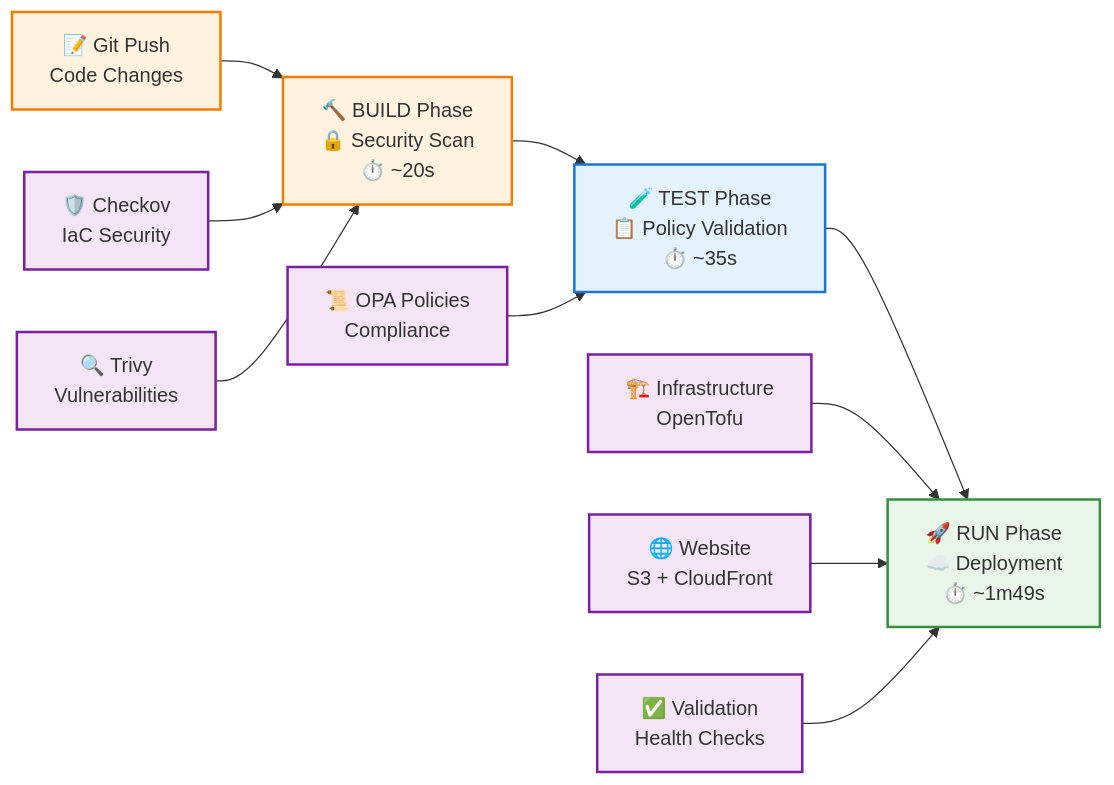
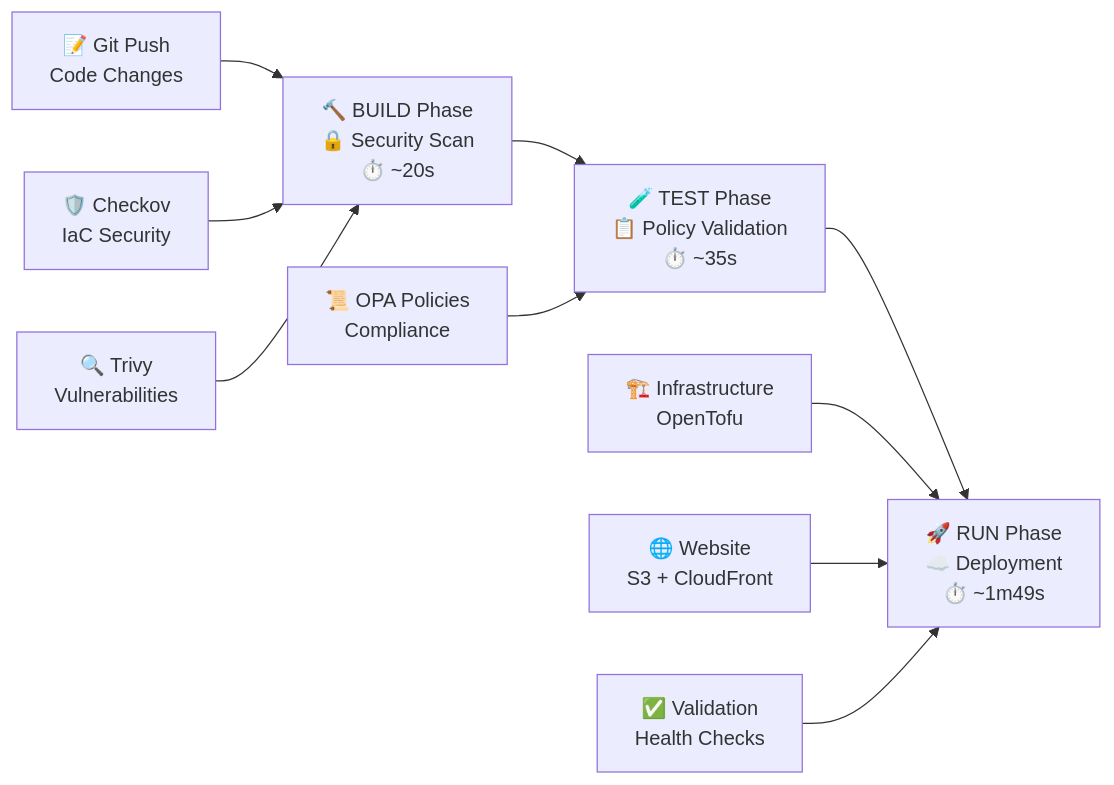
One commit to Celtikill/static-site changed the second of 3 diagrams in README.md. Above: the diagram before and after it, drawn with Mermaid. The commit also changed other lines of this file and 5 other files, not shown here.

````diff
--- a/README.md
+++ b/README.md
@@ -104,23 +94,13 @@
 ```mermaid
 graph LR
     A["📝 Git Push<br/>Code Changes"] --> B["🔨 BUILD Phase<br/>🔒 Security Scan<br/>⏱️ ~20s"]
     B --> C["🧪 TEST Phase<br/>📋 Policy Validation<br/>⏱️ ~35s"]
     C --> D["🚀 RUN Phase<br/>☁️ Deployment<br/>⏱️ ~1m49s"]
 
     B1["🛡️ Checkov<br/>IaC Security"] --> B
     B2["🔍 Trivy<br/>Vulnerabilities"] --> B
     C1["📜 OPA Policies<br/>Compliance"] --> C
     D1["🏗️ Infrastructure<br/>OpenTofu"] --> D
     D2["🌐 Website<br/>S3 + CloudFront"] --> D
     D3["✅ Validation<br/>Health Checks"] --> D
-
-    classDef buildStyle fill:#fff3e0,stroke:#f57c00,stroke-width:2px
-    classDef testStyle fill:#e3f2fd,stroke:#1976d2,stroke-width:2px
-    classDef runStyle fill:#e8f5e8,stroke:#388e3c,stroke-width:2px
-    classDef toolStyle fill:#f3e5f5,stroke:#7b1fa2,stroke-width:2px
-
-    class A,B buildStyle
-    class C testStyle
-    class D runStyle
-    class B1,B2,C1,D1,D2,D3 toolStyle
 ```
````
